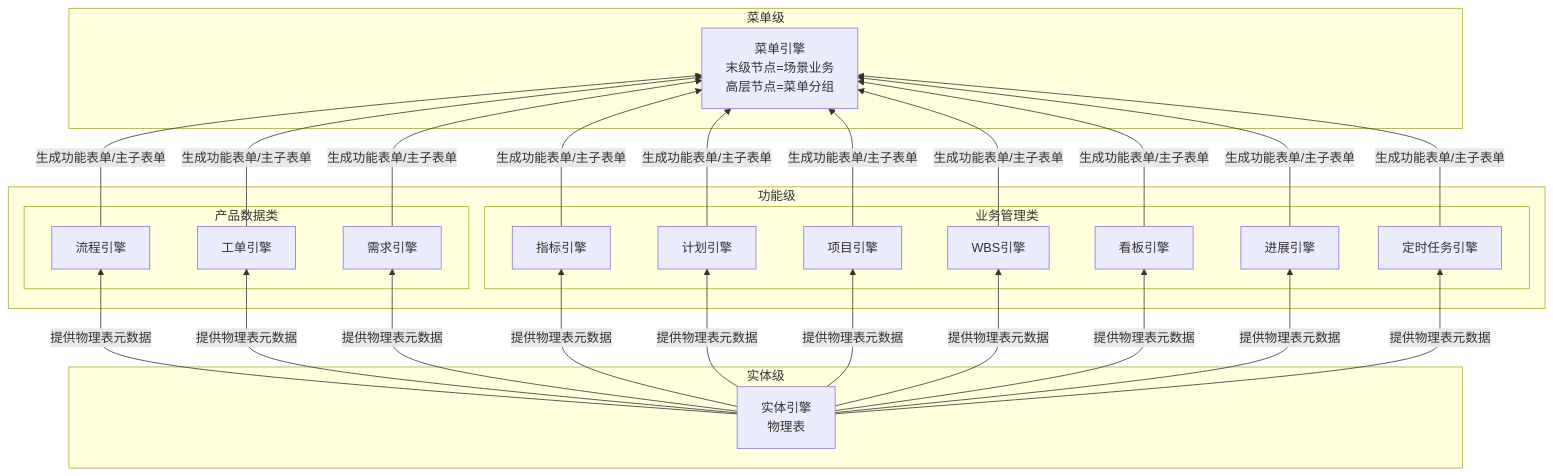
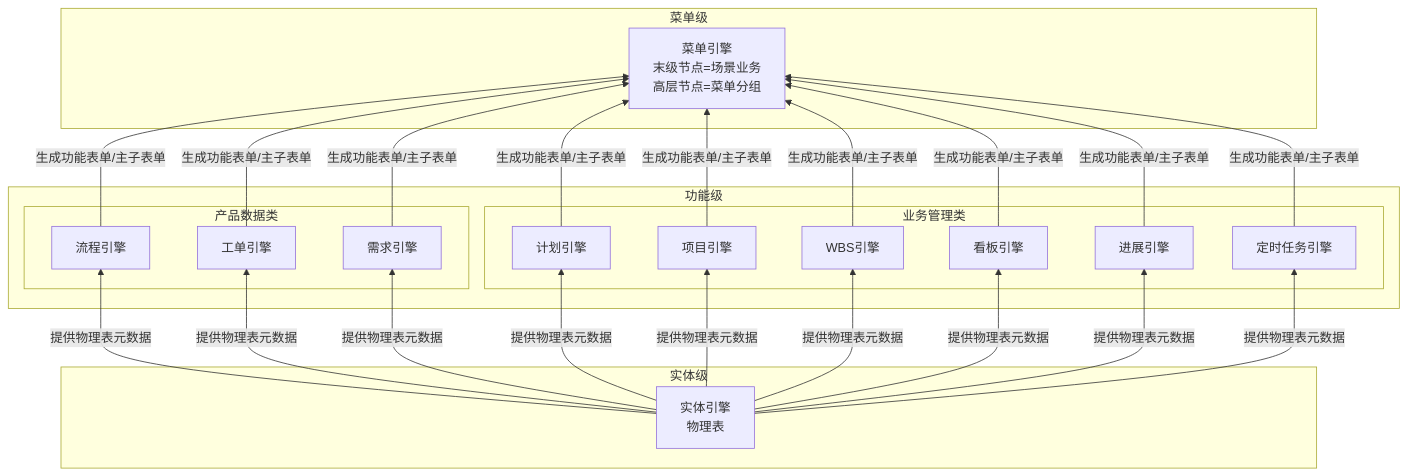
One commit to Yongjunzhou/AOS-system-design changed the diagram in 20-pl4eos/10-pl4eos-subpl-sysdev/10-wfsysdev-4-eos/91-eos-biz-eng-spec.md. Above: the diagram before and after it, drawn with Mermaid. The commit also changed other lines of this file and 20 other files, not shown here.

````diff
--- a/20-pl4eos/10-pl4eos-subpl-sysdev/10-wfsysdev-4-eos/91-eos-biz-eng-spec.md
+++ b/20-pl4eos/10-pl4eos-subpl-sysdev/10-wfsysdev-4-eos/91-eos-biz-eng-spec.md
@@ -165,46 +170,43 @@
 ```mermaid
 %%{init: {'theme': 'default', 'flowchart': {'useMaxWidth': false, 'htmlLabels': true}}}%%
 graph BT
   subgraph 实体级
     ENTITY[实体引擎<br/>物理表]
   end
   subgraph 功能级
     subgraph 产品数据类
       REQ[需求引擎]
       FLOW[流程引擎]
       WO[工单引擎]
     end
     subgraph 业务管理类
       PROJ[项目引擎]
       WBS[WBS引擎]
       TASK[计划引擎]
       KANBAN[看板引擎]
-      IND[指标引擎]
       PROG[进展引擎]
       SCH[定时任务引擎]
     end
   end
   subgraph 菜单级
     MENU[菜单引擎<br/>末级节点=场景业务<br/>高层节点=菜单分组]
   end
   ENTITY -->|提供物理表元数据| FLOW
   ENTITY -->|提供物理表元数据| WO
   ENTITY -->|提供物理表元数据| REQ
-  ENTITY -->|提供物理表元数据| IND
   ENTITY -->|提供物理表元数据| TASK
   ENTITY -->|提供物理表元数据| PROJ
   ENTITY -->|提供物理表元数据| WBS
   ENTITY -->|提供物理表元数据| KANBAN
   ENTITY -->|提供物理表元数据| PROG
   ENTITY -->|提供物理表元数据| SCH
   FLOW -->|生成功能表单/主子表单| MENU
   WO -->|生成功能表单/主子表单| MENU
-  IND -->|生成功能表单/主子表单| MENU
   REQ -->|生成功能表单/主子表单| MENU
   TASK -->|生成功能表单/主子表单| MENU
   PROJ -->|生成功能表单/主子表单| MENU
   WBS -->|生成功能表单/主子表单| MENU
   KANBAN -->|生成功能表单/主子表单| MENU
   PROG -->|生成功能表单/主子表单| MENU
   SCH -->|生成功能表单/主子表单| MENU
 ```
````
